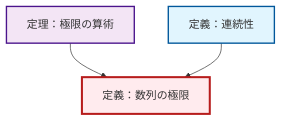
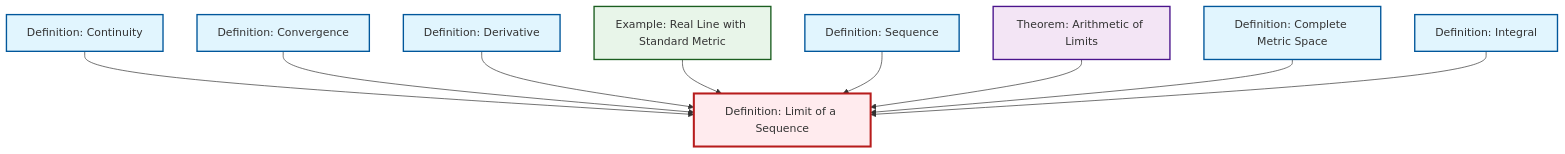
Before and after one commit to RK0429/ModernMath: the diagram in content/ja/analysis/def-limit.qmd, drawn with Mermaid. The commit also changed 203 other files, not shown here.

````diff
--- a/content/ja/analysis/def-limit.qmd
+++ b/content/ja/analysis/def-limit.qmd
@@ -49,18 +49,27 @@
 ```{mermaid}
-%%| fig-cap: "ローカル依存グラフ"
+%%| fig-cap: "Local dependency graph"
 graph TD
     classDef definition fill:#e1f5fe,stroke:#01579b,stroke-width:2px
     classDef theorem fill:#f3e5f5,stroke:#4a148c,stroke-width:2px
     classDef axiom fill:#fff3e0,stroke:#e65100,stroke-width:2px
     classDef example fill:#e8f5e9,stroke:#1b5e20,stroke-width:2px
     classDef current fill:#ffebee,stroke:#b71c1c,stroke-width:3px
-    thm-limit-arithmetic["定理：極限の算術"]:::theorem
-    def-continuity["定義：連続性"]:::definition
-    def-limit["定義：数列の極限"]:::definition
+    def-continuity["Definition: Continuity"]:::definition
+    def-limit["Definition: Limit of a Sequence"]:::definition
+    def-complete-metric-space["Definition: Complete Metric Space"]:::definition
+    ex-real-line-metric["Example: Real Line with Standard Metric"]:::example
+    def-sequence["Definition: Sequence"]:::definition
+    thm-limit-arithmetic["Theorem: Arithmetic of Limits"]:::theorem
+    def-convergence["Definition: Convergence"]:::definition
+    def-derivative["Definition: Derivative"]:::definition
+    def-integral["Definition: Integral"]:::definition
+    def-continuity --> def-limit
+    def-convergence --> def-limit
+    def-derivative --> def-limit
+    ex-real-line-metric --> def-limit
+    def-sequence --> def-limit
     thm-limit-arithmetic --> def-limit
-    def-continuity --> def-limit
+    def-complete-metric-space --> def-limit
+    def-integral --> def-limit
     class def-limit current
-
-    click thm-limit-arithmetic "thm-limit-arithmetic.html" "Go to 定理：極限の算術"
-    click def-continuity "def-continuity.html" "Go to 定義：連続性"
 ```
````
